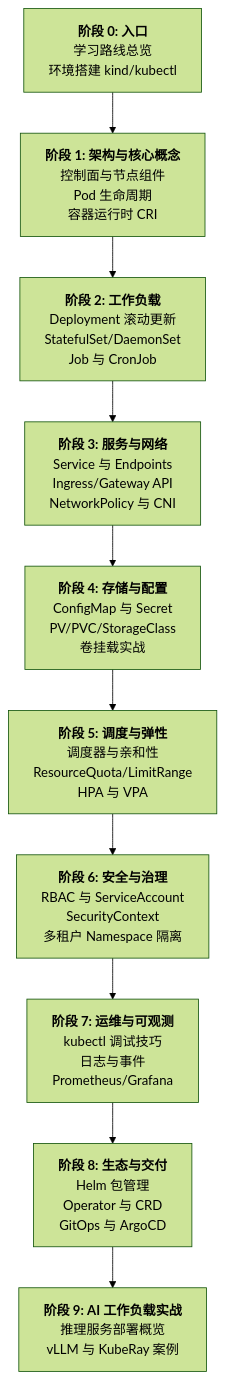
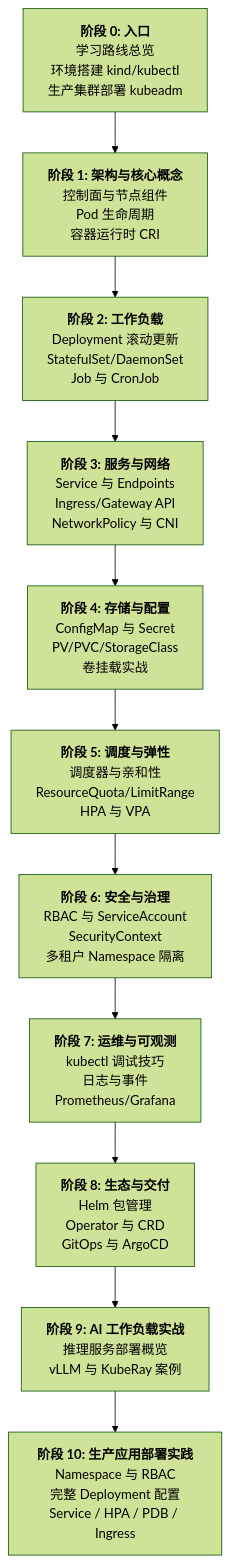
Before and after one commit to keyuanweb/ai-learning-path: the diagram in k8s-learning-path/00-入口/01-学习路线总览.md, drawn with Mermaid (forest theme). The commit also changed other lines of this file and 10 other files, not shown here.

First line of the commit message:
docs: 新增K8s生产部署完整文档与架构图

````diff
--- a/k8s-learning-path/00-入口/01-学习路线总览.md
+++ b/k8s-learning-path/00-入口/01-学习路线总览.md
@@ -16,15 +16,16 @@
 ```mermaid
 flowchart TD
-    S0["<b>阶段 0: 入口</b><br/>学习路线总览<br/>环境搭建 kind/kubectl"]
+    S0["<b>阶段 0: 入口</b><br/>学习路线总览<br/>环境搭建 kind/kubectl<br/>生产集群部署 kubeadm"]
     S1["<b>阶段 1: 架构与核心概念</b><br/>控制面与节点组件<br/>Pod 生命周期<br/>容器运行时 CRI"]
     S2["<b>阶段 2: 工作负载</b><br/>Deployment 滚动更新<br/>StatefulSet/DaemonSet<br/>Job 与 CronJob"]
     S3["<b>阶段 3: 服务与网络</b><br/>Service 与 Endpoints<br/>Ingress/Gateway API<br/>NetworkPolicy 与 CNI"]
     S4["<b>阶段 4: 存储与配置</b><br/>ConfigMap 与 Secret<br/>PV/PVC/StorageClass<br/>卷挂载实战"]
     S5["<b>阶段 5: 调度与弹性</b><br/>调度器与亲和性<br/>ResourceQuota/LimitRange<br/>HPA 与 VPA"]
     S6["<b>阶段 6: 安全与治理</b><br/>RBAC 与 ServiceAccount<br/>SecurityContext<br/>多租户 Namespace 隔离"]
     S7["<b>阶段 7: 运维与可观测</b><br/>kubectl 调试技巧<br/>日志与事件<br/>Prometheus/Grafana"]
     S8["<b>阶段 8: 生态与交付</b><br/>Helm 包管理<br/>Operator 与 CRD<br/>GitOps 与 ArgoCD"]
     S9["<b>阶段 9: AI 工作负载实战</b><br/>推理服务部署概览<br/>vLLM 与 KubeRay 案例"]
+    S10["<b>阶段 10: 生产应用部署实践</b><br/>Namespace 与 RBAC<br/>完整 Deployment 配置<br/>Service / HPA / PDB / Ingress"]
 
-    S0 --> S1 --> S2 --> S3 --> S4 --> S5 --> S6 --> S7 --> S8 --> S9
+    S0 --> S1 --> S2 --> S3 --> S4 --> S5 --> S6 --> S7 --> S8 --> S9 --> S10
 ```
````
